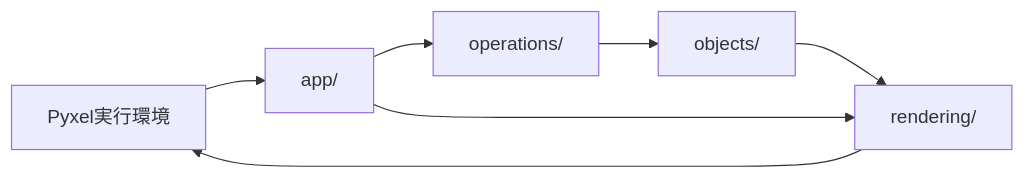
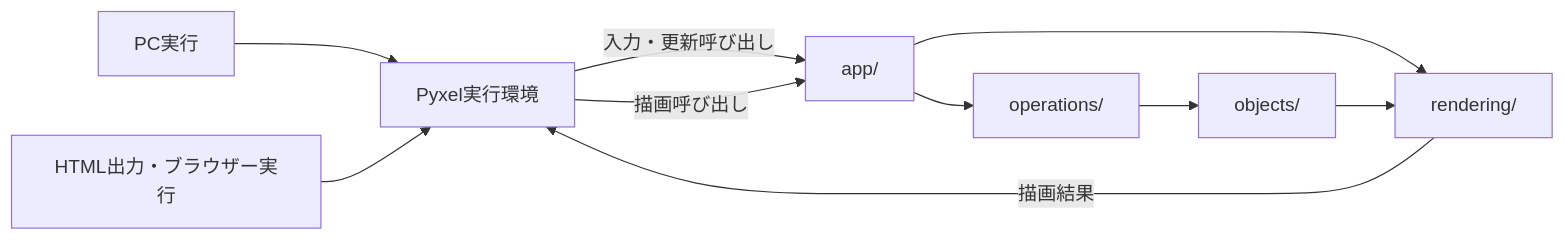
The diagram in PLAN/DESIGN/runtime.md (iig00/first_sht), drawn with Mermaid before and after one commit. The commit also changed other lines of this file and 16 other files, not shown here.

````diff
--- a/PLAN/DESIGN/runtime.md
+++ b/PLAN/DESIGN/runtime.md
@@ -19,9 +22,12 @@
 ```mermaid
 flowchart LR
-    Runtime[Pyxel実行環境] --> App[app/]
+    PC[PC実行] --> Runtime[Pyxel実行環境]
+    HTML[HTML出力・ブラウザー実行] --> Runtime
+    Runtime -->|入力・更新呼び出し| App[app/]
+    Runtime -->|描画呼び出し| App
     App --> Operations[operations/]
     Operations --> Objects[objects/]
-    Objects --> Rendering[rendering/]
-    App --> Rendering
-    Rendering --> Runtime
+    App --> Rendering[rendering/]
+    Objects --> Rendering
+    Rendering -->|描画結果| Runtime
 ```
````
